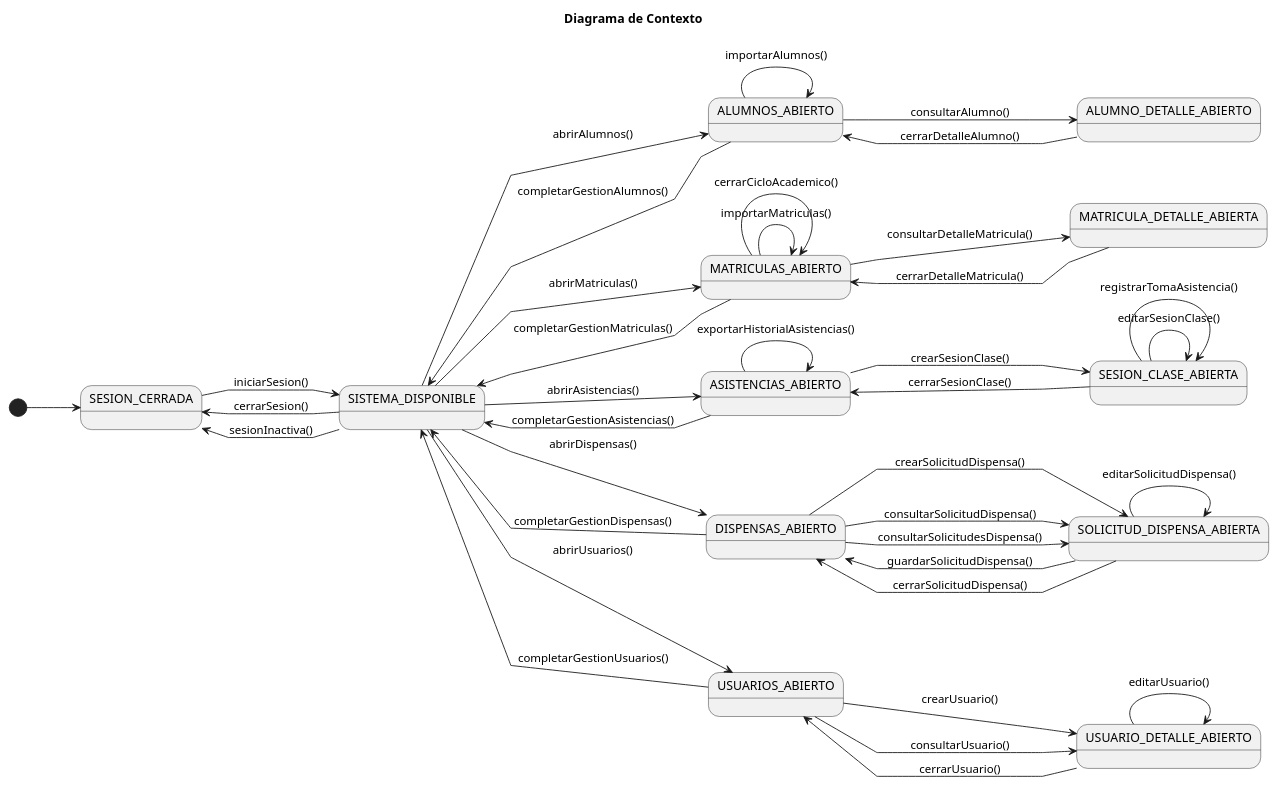
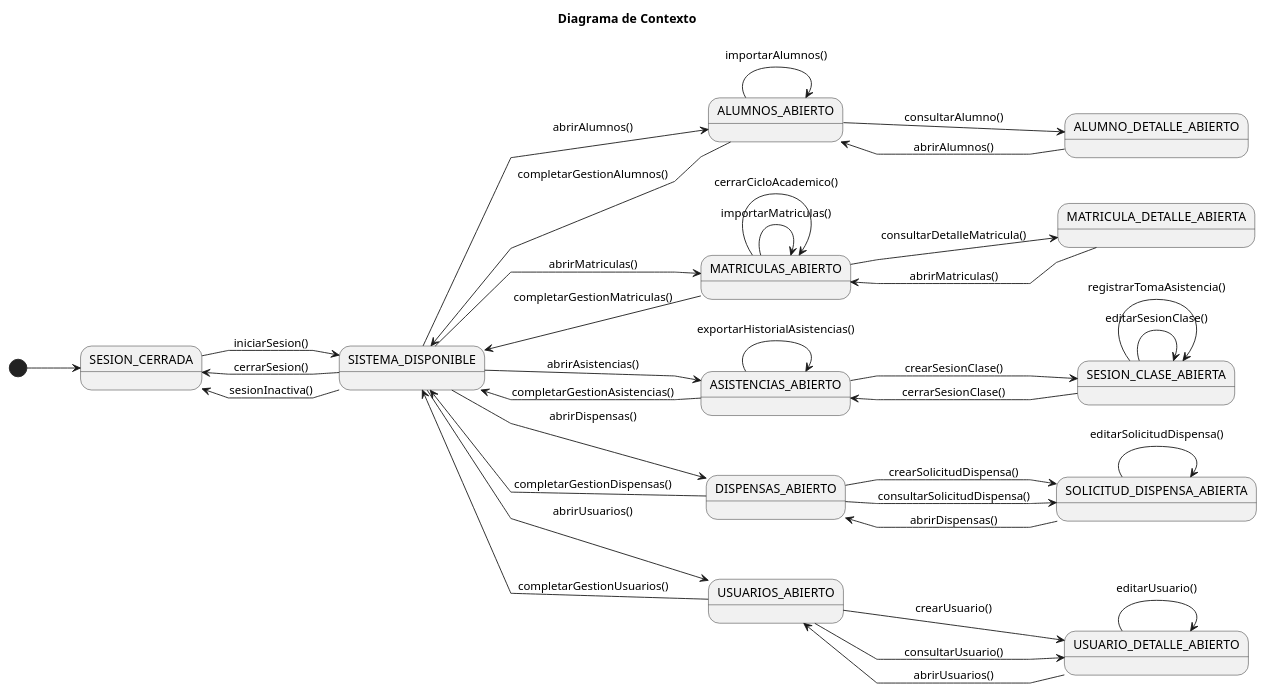
One commit to enmabry/25-26-IdSw1-SdR changed the diagram in documents/CasosDeUso/DiagramaDeContexto/DiagramaDeContexto.puml. Above: the diagram before and after it, drawn with PlantUML. The commit also changed 1 other file, not shown here.

Commit message:
se cambio el diagrama de contexto pertinentemente para quitar casos de uso innecesarios.

```diff
--- a/documents/CasosDeUso/DiagramaDeContexto/DiagramaDeContexto.puml
+++ b/documents/CasosDeUso/DiagramaDeContexto/DiagramaDeContexto.puml
@@ -1,73 +1,71 @@
 @startuml
 title Diagrama de Contexto
 left to right direction
 skinparam style strictuml
 skinparam linetype polyline
 
 [*] --> SESION_CERRADA
 
 ' --- CONTROL DE ACCESO (PRECONDICIONES GENERALES) ---
 SESION_CERRADA --> SISTEMA_DISPONIBLE : iniciarSesion()
 SISTEMA_DISPONIBLE --> SESION_CERRADA : cerrarSesion()
 SISTEMA_DISPONIBLE --> SESION_CERRADA : sesionInactiva()
 
 ' ==========================================
 '   MÓDULO ALUMNOS
 ' ==========================================
 SISTEMA_DISPONIBLE --> ALUMNOS_ABIERTO : abrirAlumnos()
 ALUMNOS_ABIERTO --> SISTEMA_DISPONIBLE : completarGestionAlumnos()
 
 ALUMNOS_ABIERTO --> ALUMNOS_ABIERTO : importarAlumnos()
 ALUMNOS_ABIERTO --> ALUMNO_DETALLE_ABIERTO : consultarAlumno()
-ALUMNO_DETALLE_ABIERTO --> ALUMNOS_ABIERTO : cerrarDetalleAlumno()
+ALUMNO_DETALLE_ABIERTO --> ALUMNOS_ABIERTO : abrirAlumnos()
 
 ' ==========================================
 '   MÓDULO MATRÍCULAS
 ' ==========================================
 SISTEMA_DISPONIBLE --> MATRICULAS_ABIERTO : abrirMatriculas()
 MATRICULAS_ABIERTO --> SISTEMA_DISPONIBLE : completarGestionMatriculas()
 
 MATRICULAS_ABIERTO --> MATRICULAS_ABIERTO : importarMatriculas()
 MATRICULAS_ABIERTO --> MATRICULAS_ABIERTO : cerrarCicloAcademico()
 MATRICULAS_ABIERTO --> MATRICULA_DETALLE_ABIERTA : consultarDetalleMatricula()
-MATRICULA_DETALLE_ABIERTA --> MATRICULAS_ABIERTO : cerrarDetalleMatricula()
+MATRICULA_DETALLE_ABIERTA --> MATRICULAS_ABIERTO : abrirMatriculas()
 
 ' ==========================================
 '   MÓDULO ASISTENCIAS (SESIONES DE CLASE)
 ' ==========================================
 SISTEMA_DISPONIBLE --> ASISTENCIAS_ABIERTO : abrirAsistencias()
 ASISTENCIAS_ABIERTO --> SISTEMA_DISPONIBLE : completarGestionAsistencias()
 
 ASISTENCIAS_ABIERTO --> ASISTENCIAS_ABIERTO : exportarHistorialAsistencias()
 ASISTENCIAS_ABIERTO --> SESION_CLASE_ABIERTA : crearSesionClase()
 
 SESION_CLASE_ABIERTA --> SESION_CLASE_ABIERTA : editarSesionClase()
 SESION_CLASE_ABIERTA --> SESION_CLASE_ABIERTA : registrarTomaAsistencia()
 SESION_CLASE_ABIERTA --> ASISTENCIAS_ABIERTO : cerrarSesionClase()
 
 ' ==========================================
 '   MÓDULO DISPENSAS
 ' ==========================================
 SISTEMA_DISPONIBLE --> DISPENSAS_ABIERTO : abrirDispensas()
 DISPENSAS_ABIERTO --> SISTEMA_DISPONIBLE : completarGestionDispensas()
 
 DISPENSAS_ABIERTO --> SOLICITUD_DISPENSA_ABIERTA : crearSolicitudDispensa()
 DISPENSAS_ABIERTO --> SOLICITUD_DISPENSA_ABIERTA : consultarSolicitudDispensa()
-DISPENSAS_ABIERTO --> SOLICITUD_DISPENSA_ABIERTA : consultarSolicitudesDispensa()
 
 SOLICITUD_DISPENSA_ABIERTA --> SOLICITUD_DISPENSA_ABIERTA : editarSolicitudDispensa()
-SOLICITUD_DISPENSA_ABIERTA --> DISPENSAS_ABIERTO : guardarSolicitudDispensa()
-SOLICITUD_DISPENSA_ABIERTA --> DISPENSAS_ABIERTO : cerrarSolicitudDispensa()
+SOLICITUD_DISPENSA_ABIERTA --> DISPENSAS_ABIERTO : abrirDispensas()
 
 ' ==========================================
 '   MÓDULO USUARIOS Y ROLES
 ' ==========================================
 SISTEMA_DISPONIBLE --> USUARIOS_ABIERTO : abrirUsuarios()
 USUARIOS_ABIERTO --> SISTEMA_DISPONIBLE : completarGestionUsuarios()
 
 USUARIOS_ABIERTO --> USUARIO_DETALLE_ABIERTO : crearUsuario()
 USUARIOS_ABIERTO --> USUARIO_DETALLE_ABIERTO : consultarUsuario()
 
 USUARIO_DETALLE_ABIERTO --> USUARIO_DETALLE_ABIERTO : editarUsuario()
-USUARIO_DETALLE_ABIERTO --> USUARIOS_ABIERTO : cerrarUsuario()
+USUARIO_DETALLE_ABIERTO --> USUARIOS_ABIERTO : abrirUsuarios()
 @enduml
```
